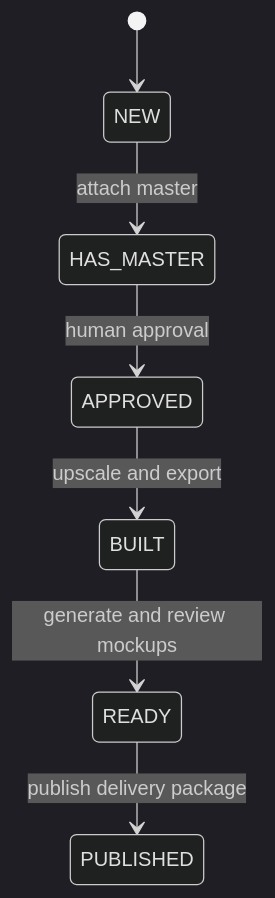
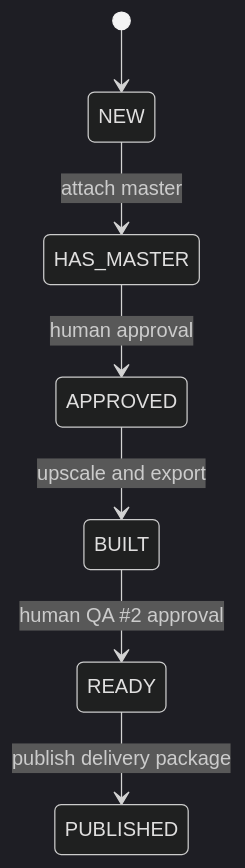
Before and after one commit to OmarNayyar/render-and-rise-automation: the second of 2 diagrams in README.md, drawn with Mermaid (dark theme). The commit also changed other lines of this file and 7 other files, not shown here.

````diff
--- a/README.md
+++ b/README.md
@@ -42,9 +42,9 @@
 ```mermaid
 stateDiagram-v2
     [*] --> NEW
     NEW --> HAS_MASTER: attach master
     HAS_MASTER --> APPROVED: human approval
     APPROVED --> BUILT: upscale and export
-    BUILT --> READY: generate and review mockups
+    BUILT --> READY: human QA #2 approval
     READY --> PUBLISHED: publish delivery package
 ```
````
